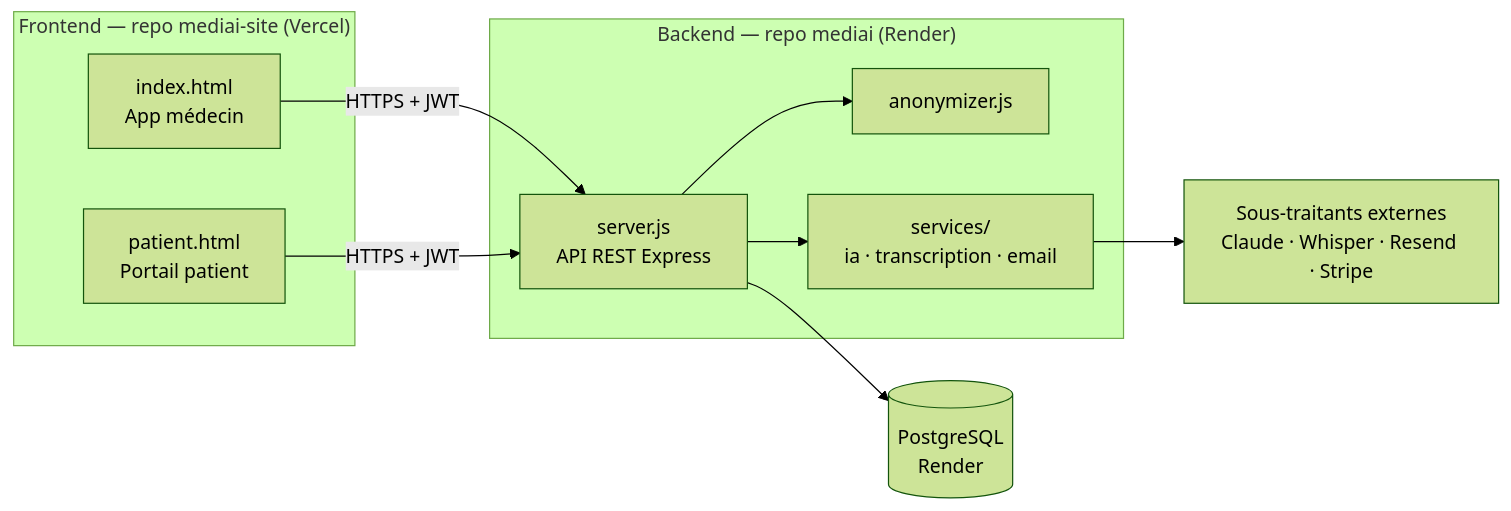
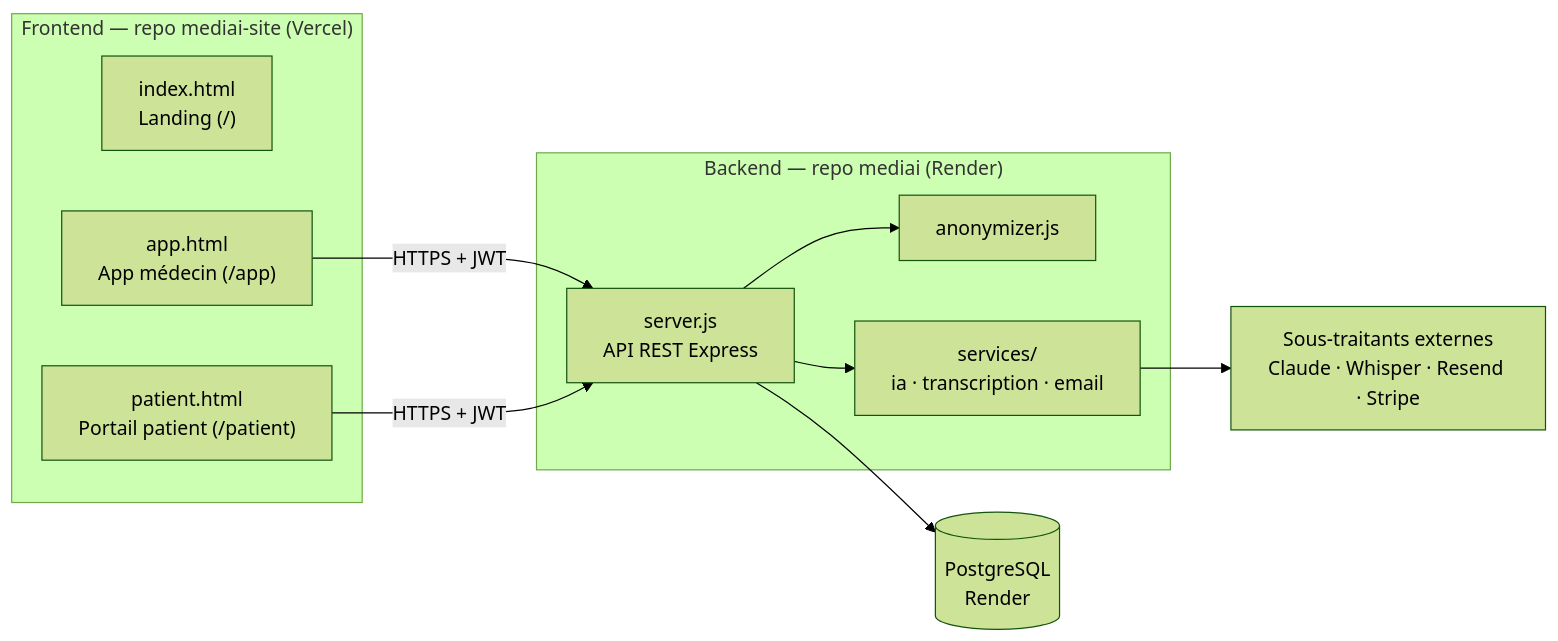
One commit to llupin105-sudo/mediai changed the diagram in docs/00_START_HERE.md. Above: the diagram before and after it, drawn with Mermaid (forest theme). The commit also changed other lines of this file and 8 other files, not shown here.

````diff
--- a/docs/00_START_HERE.md
+++ b/docs/00_START_HERE.md
@@ -19,21 +19,22 @@
 ```mermaid
 flowchart LR
     subgraph Client["Frontend — repo mediai-site (Vercel)"]
-        M["index.html<br/>App médecin"]
-        P["patient.html<br/>Portail patient"]
+        L["index.html<br/>Landing (/)"]
+        M["app.html<br/>App médecin (/app)"]
+        P["patient.html<br/>Portail patient (/patient)"]
     end
     subgraph Server["Backend — repo mediai (Render)"]
         API["server.js<br/>API REST Express"]
         ANON["anonymizer.js"]
         SVC["services/<br/>ia · transcription · email"]
     end
     DB[("PostgreSQL<br/>Render")]
     EXT["Sous-traitants externes<br/>Claude · Whisper · Resend · Stripe"]
 
     M -->|HTTPS + JWT| API
     P -->|HTTPS + JWT| API
     API --> DB
     API --> ANON
     API --> SVC
     SVC --> EXT
 ```
````
